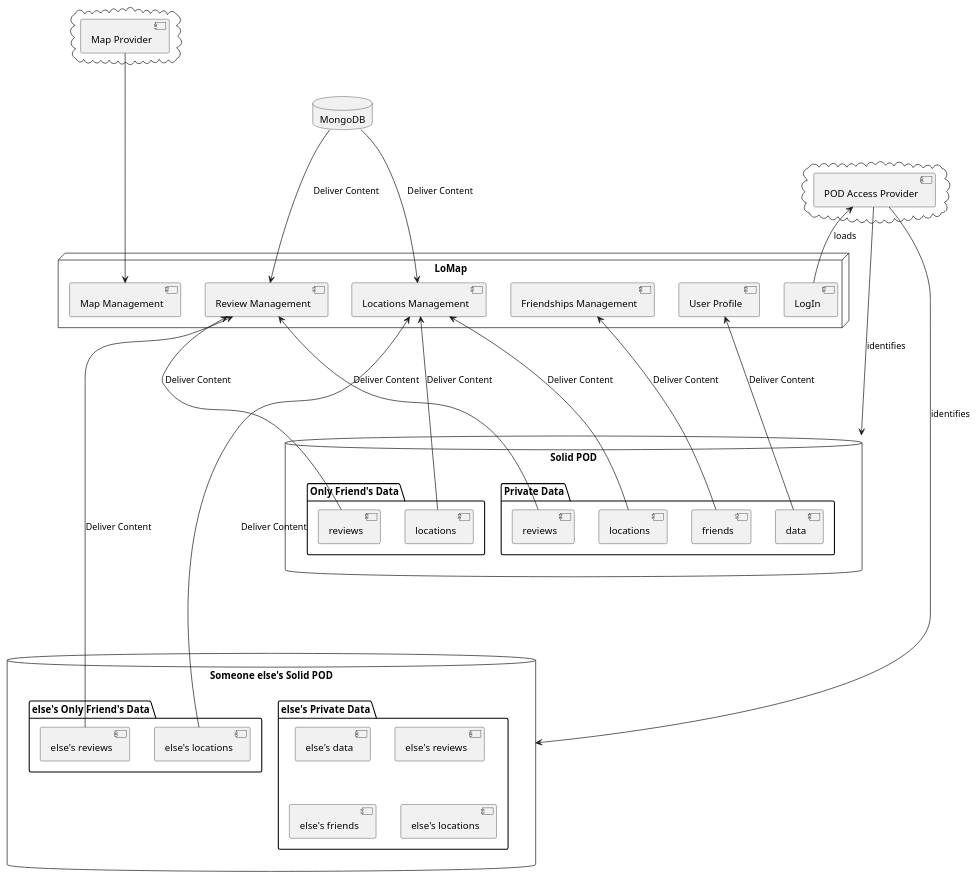
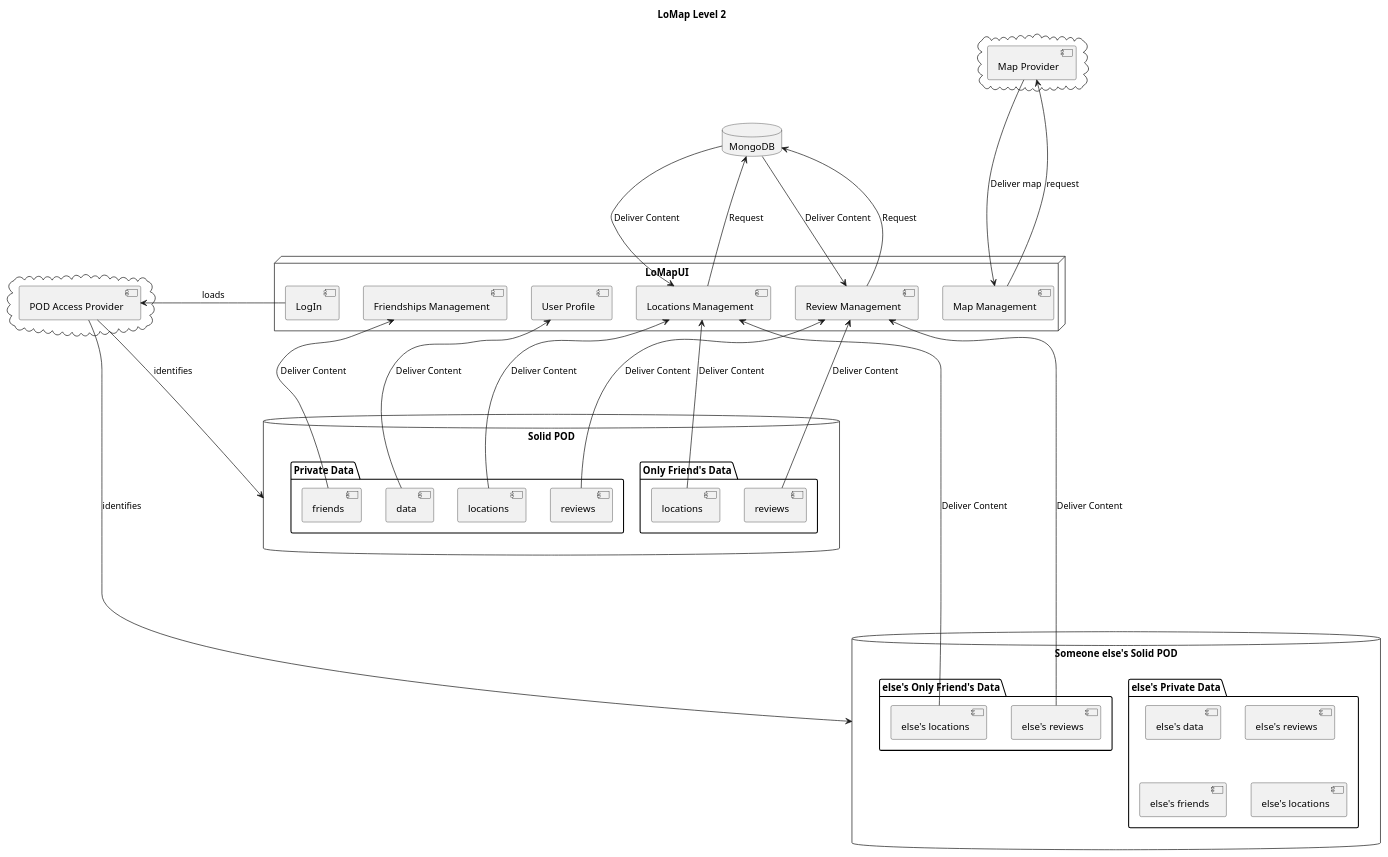
The second of 2 diagrams in docs/05_building_block_view.adoc (Arquisoft/lomap_en3b), drawn with PlantUML before and after one commit.

Commit message:
Update 05_building_block_view.adoc
some relationships were missing

```diff
--- a/docs/05_building_block_view.adoc
+++ b/docs/05_building_block_view.adoc
@@ -117,70 +117,73 @@
 [plantuml,"Level 2 diagram",png]
 ----
+title "LoMap Level 2"
 cloud {
   [Map Provider] as MapP
 }
 
 cloud {
   [POD Access Provider] as PODAP
 }
 
 database "Someone else's Solid POD" as Pod2 {
   folder "else's Private Data" {
     [else's data] as data2
     [else's reviews] as review2
     [else's friends] as friend2
     [else's locations] as Loc2
 
   }
   folder "else's Only Friend's Data" {
     [else's reviews] as reviewF2
     [else's locations] as LocF2
 
 
   }
 }
 
 database "Solid POD" as Pod1 {
   folder "Private Data" {
     [data] as data1
     [reviews] as review1
     [friends] as friend1
     [locations] as Loc1
 
   }
   folder "Only Friend's Data" {
     [reviews] as reviewF1
     [locations] as LocF1
 
   }
 }
-
 database "MongoDB" as DataB{
 }
-node "LoMap" as LoMap {
+node "LoMapUI" as LoMap {
   [LogIn] as SI
   [Locations Management] as LM
   [Friendships Management] as FM
   [Review Management] as RM
   [Map Management] as MapM
   [User Profile] as UP
 }
 
 
-SI -up---> PODAP: loads
-MapP -down---> MapM
-PODAP -down---> Pod1: identifies
+SI ----> PODAP: loads
+MapP -down---> MapM: Deliver map
+MapM -up---> MapP: request
+PODAP ----> Pod1: identifies
 data1 -up--> UP: Deliver Content
 review1 -up--> RM: Deliver Content
 friend1 -up--> FM: Deliver Content
 reviewF1 -up--> RM: Deliver Content
 Loc1 -up--> LM: Deliver Content
 LocF1 --> LM: Deliver Content
     
-PODAP --up---> Pod2: identifies
+PODAP -----> Pod2: identifies
 reviewF2 --up---> RM: Deliver Content
 LocF2 --up---> LM: Deliver Content
 
 DataB -down--> RM: Deliver Content
 DataB -down--> LM: Deliver Content
+RM -up--> DataB: Request 
+LM -up--> DataB: Request
 ----
```
